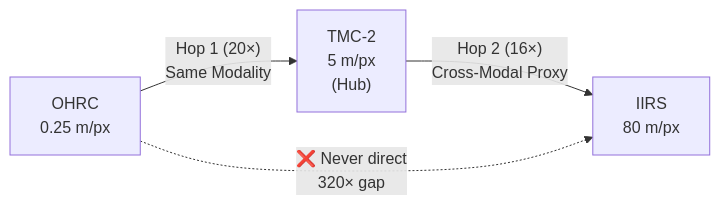
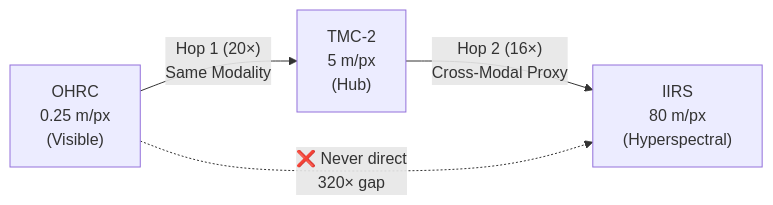
One commit to bytes06runner/TriNetra changed the diagram in README.md. Above: the diagram before and after it, drawn with Mermaid. The commit also changed other lines of this file, not shown here.

````diff
--- a/README.md
+++ b/README.md
@@ -15,6 +24,6 @@
 ```mermaid
 graph LR
-    OHRC["OHRC<br/>0.25 m/px"] -->|"Hop 1 (20×)<br/>Same Modality"| TMC2["TMC-2<br/>5 m/px<br/>(Hub)"]
-    TMC2 -->|"Hop 2 (16×)<br/>Cross-Modal Proxy"| IIRS["IIRS<br/>80 m/px"]
+    OHRC["OHRC<br/>0.25 m/px<br/>(Visible)"] -->|"Hop 1 (20×)<br/>Same Modality"| TMC2["TMC-2<br/>5 m/px<br/>(Hub)"]
+    TMC2 -->|"Hop 2 (16×)<br/>Cross-Modal Proxy"| IIRS["IIRS<br/>80 m/px<br/>(Hyperspectral)"]
     OHRC -.->|"❌ Never direct<br/>320× gap"| IIRS
 ```
````
